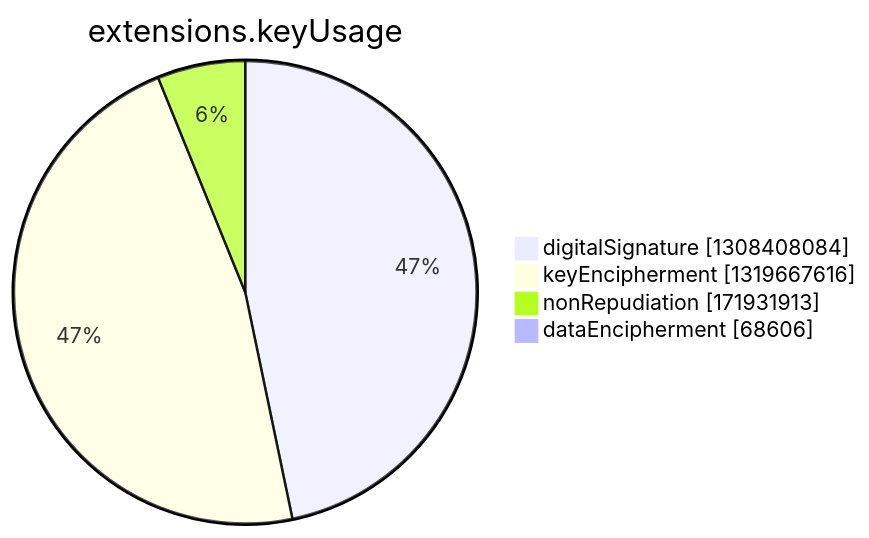
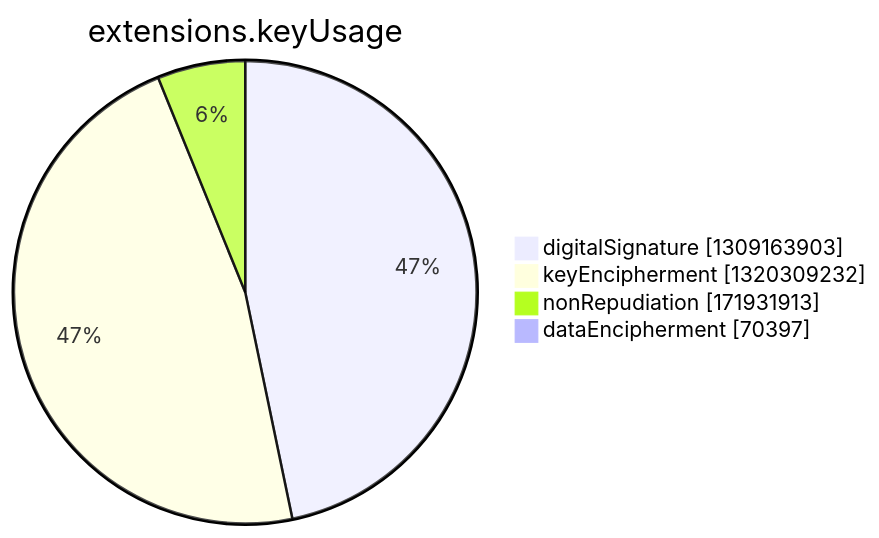
One commit to christiankrug/ctmonitor_visualization changed the seventh of 15 diagrams in argon2022/README.md. Above: the diagram before and after it, drawn with Mermaid. The commit also changed other lines of this file, not shown here.

````diff
--- a/argon2022/README.md
+++ b/argon2022/README.md
@@ -2750,8 +2750,8 @@
 ```mermaid
 pie showData
 title extensions.keyUsage
-"digitalSignature" :1308408084
-"keyEncipherment" :1319667616
+"digitalSignature" :1309163903
+"keyEncipherment" :1320309232
 "nonRepudiation" :171931913
-"dataEncipherment" :68606
+"dataEncipherment" :70397
 ```
````
